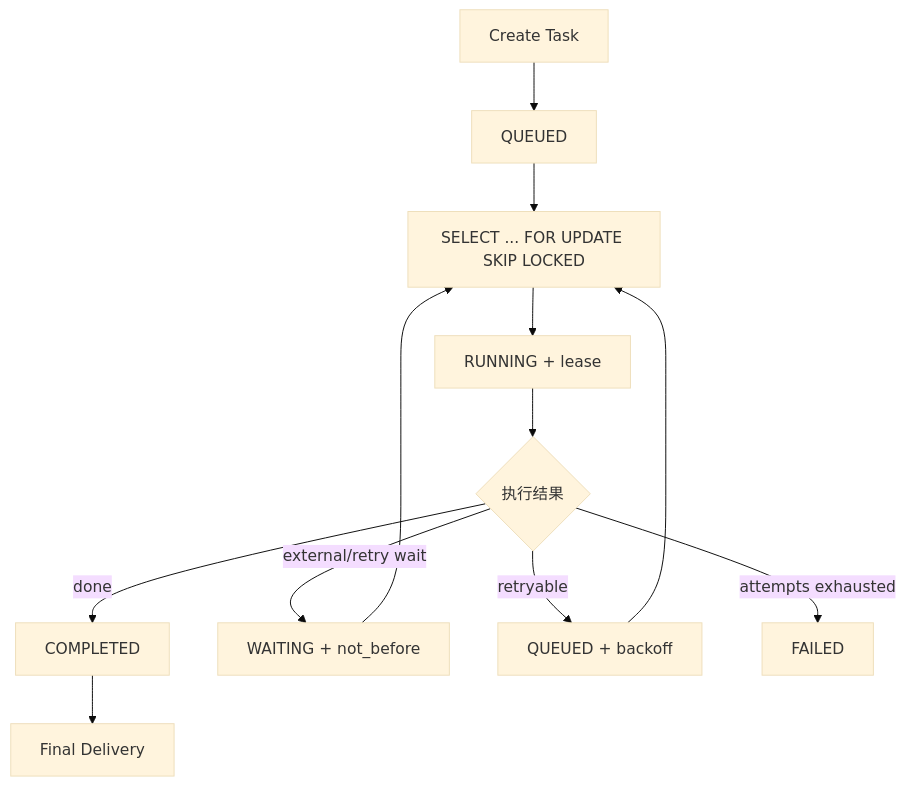
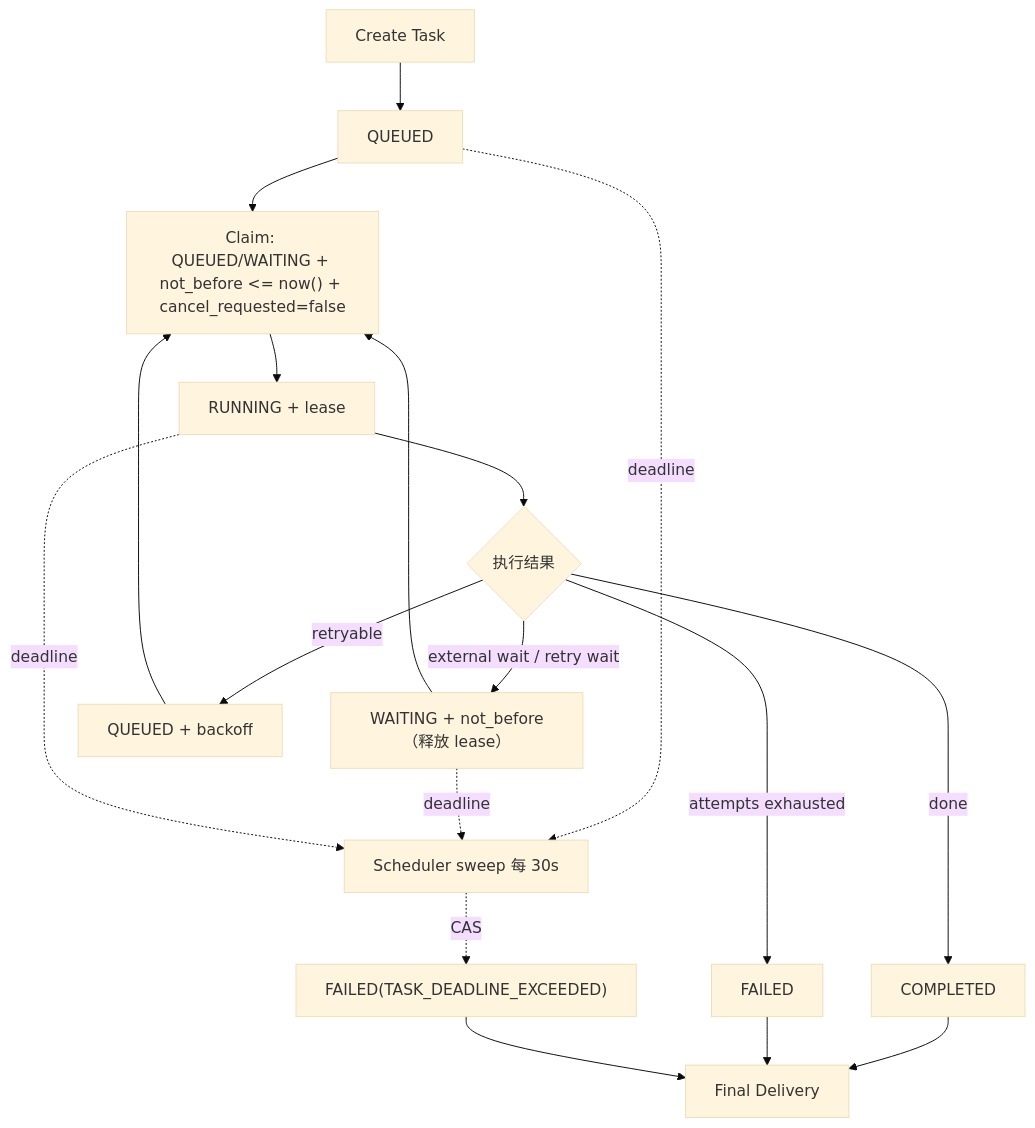
One commit to Michaelxwb/fluxion-harness changed the first of 3 diagrams in .code-flow/tasks/2026-09-17/09-task-schedule/09-task-schedule.backend.design.md. Above: the diagram before and after it, drawn with Mermaid (base theme). The commit also changed other lines of this file and 33 other files, not shown here.

````diff
--- a/.code-flow/tasks/2026-09-17/09-task-schedule/09-task-schedule.backend.design.md
+++ b/.code-flow/tasks/2026-09-17/09-task-schedule/09-task-schedule.backend.design.md
@@ -117,14 +152,20 @@
 ```mermaid
 flowchart TD
- SUB["Create Task"] --> Q["QUEUED"]
- Q --> CLAIM["SELECT ... FOR UPDATE SKIP LOCKED"]
- CLAIM --> RUN["RUNNING + lease"]
- RUN --> END{"执行结果"}
- END -->|done| DONE["COMPLETED"]
- END -->|external/retry wait| WAIT["WAITING + not_before"]
- WAIT --> CLAIM
- END -->|retryable| RETRY["QUEUED + backoff"]
- RETRY --> CLAIM
- END -->|attempts exhausted| FAIL["FAILED"]
- DONE --> DEL["Final Delivery"]
+    SUB["Create Task"] --> Q["QUEUED"]
+    Q --> CLAIM["Claim: QUEUED/WAITING + not_before <= now() + cancel_requested=false"]
+    CLAIM --> RUN["RUNNING + lease"]
+    RUN --> END{"执行结果"}
+    END -->|done| DONE["COMPLETED"]
+    END -->|external wait / retry wait| WAIT["WAITING + not_before（释放 lease）"]
+    WAIT --> CLAIM
+    END -->|retryable| RETRY["QUEUED + backoff"]
+    RETRY --> CLAIM
+    END -->|attempts exhausted| FAIL["FAILED"]
+    Q -.->|deadline| DEAD["Scheduler sweep 每 30s"]
+    WAIT -.->|deadline| DEAD
+    RUN -.->|deadline| DEAD
+    DEAD -.->|CAS| DEADFAIL["FAILED(TASK_DEADLINE_EXCEEDED)"]
+    DONE --> DEL["Final Delivery"]
+    FAIL --> DEL
+    DEADFAIL --> DEL
 ```
````
